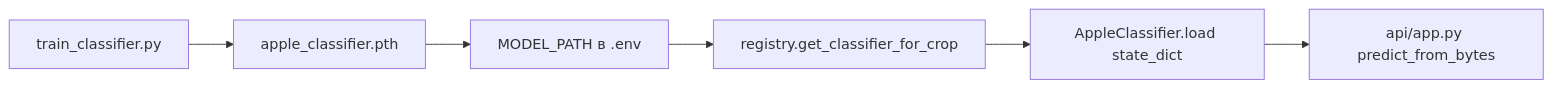
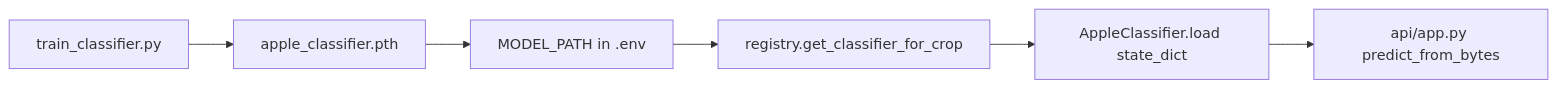
One commit to kantik001/grounded_horticulture_en changed the diagram in docs/knowledge-base/cv-train_classifier.md. Above: the diagram before and after it, drawn with Mermaid. The commit also changed other lines of this file and 189 other files, not shown here.

````diff
--- a/docs/knowledge-base/cv-train_classifier.md
+++ b/docs/knowledge-base/cv-train_classifier.md
@@ -185,8 +185,8 @@
 ```mermaid
 flowchart LR
     A[train_classifier.py] --> B[apple_classifier.pth]
-    B --> C[MODEL_PATH в .env]
+    B --> C[MODEL_PATH in .env]
     C --> D[registry.get_classifier_for_crop]
     D --> E[AppleClassifier.load state_dict]
     E --> F[api/app.py predict_from_bytes]
 ```
````
